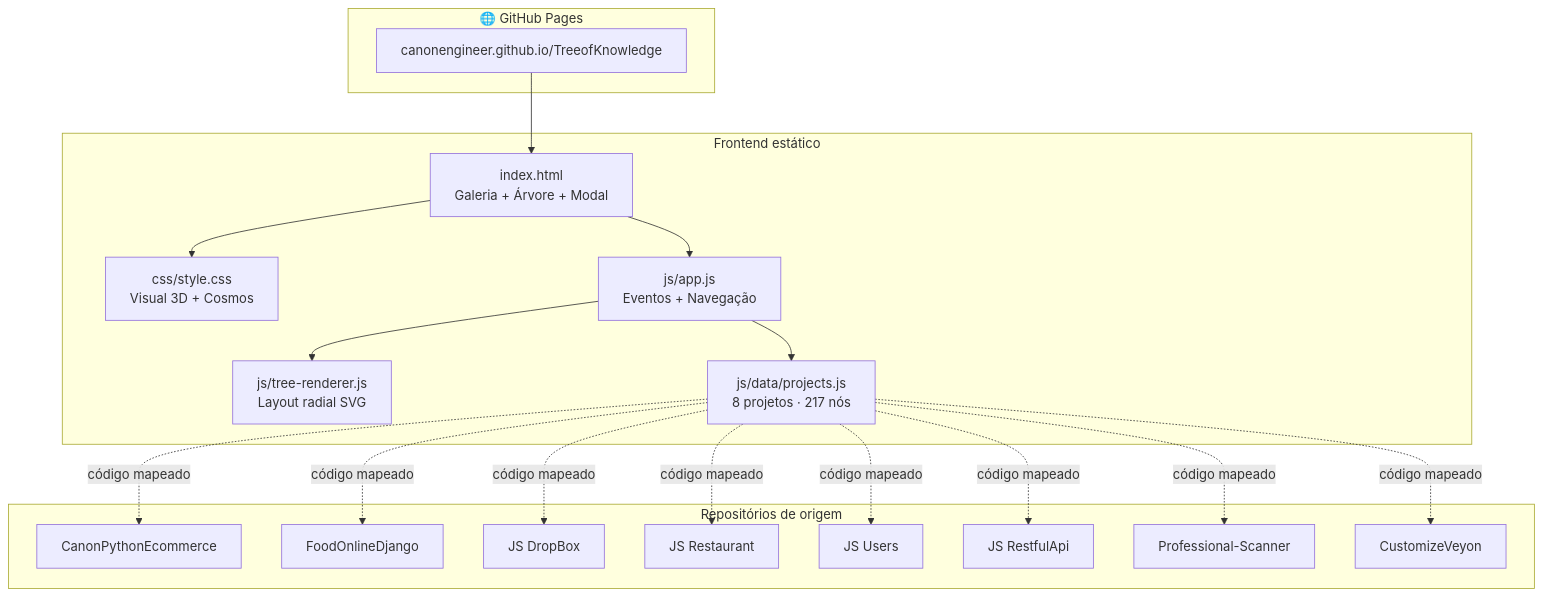
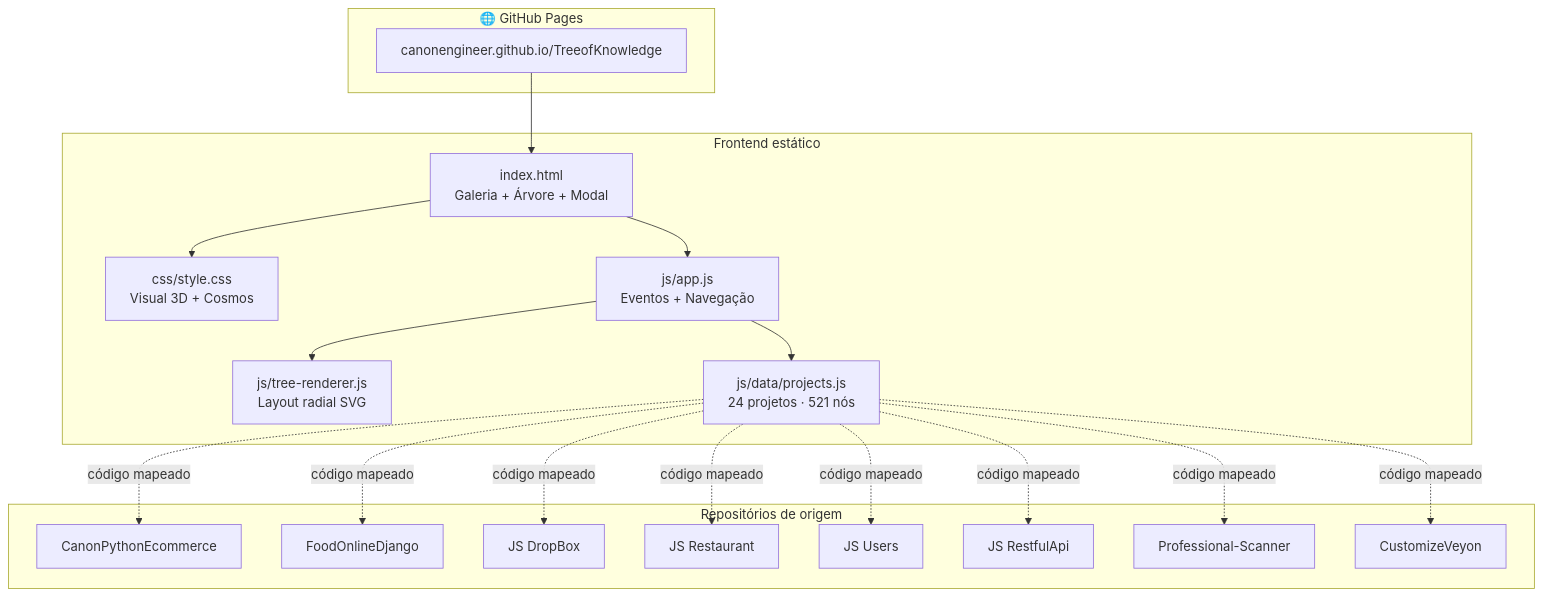
The first of 5 diagrams in README.md (CanonEngineer/TreeofKnowledge), drawn with Mermaid before and after one commit. The commit also changed other lines of this file and 6 other files, not shown here.

````diff
--- a/README.md
+++ b/README.md
@@ -123,39 +139,39 @@
 ```mermaid
 flowchart TB
     subgraph PAGES["🌐 GitHub Pages"]
         URL["canonengineer.github.io/TreeofKnowledge"]
     end
 
     subgraph FRONT["Frontend estático"]
         HTML["index.html<br/>Galeria + Árvore + Modal"]
         CSS["css/style.css<br/>Visual 3D + Cosmos"]
         APP["js/app.js<br/>Eventos + Navegação"]
         RENDER["js/tree-renderer.js<br/>Layout radial SVG"]
-        DATA["js/data/projects.js<br/>8 projetos · 217 nós"]
+        DATA["js/data/projects.js<br/>24 projetos · 521 nós"]
     end
 
     subgraph PROJ["Repositórios de origem"]
         P1["CanonPythonEcommerce"]
         P2["FoodOnlineDjango"]
         P3["JS DropBox"]
         P4["JS Restaurant"]
         P5["JS Users"]
         P6["JS RestfulApi"]
         P7["Professional-Scanner"]
         P8["CustomizeVeyon"]
     end
 
     URL --> HTML
     HTML --> CSS
     HTML --> APP
     APP --> RENDER
     APP --> DATA
     DATA -.->|código mapeado| P1
     DATA -.->|código mapeado| P2
     DATA -.->|código mapeado| P3
     DATA -.->|código mapeado| P4
     DATA -.->|código mapeado| P5
     DATA -.->|código mapeado| P6
     DATA -.->|código mapeado| P7
     DATA -.->|código mapeado| P8
 ```
````
